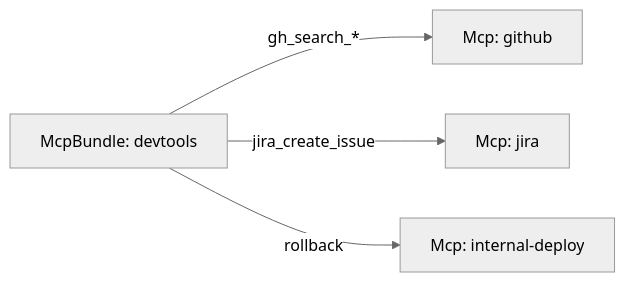
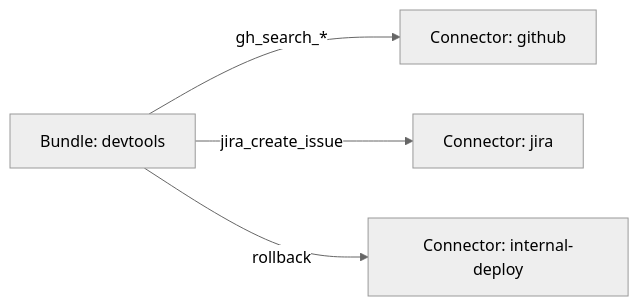
The diagram in docs/12-bundles.md (yurifrl/tennon), drawn with Mermaid (neutral theme) before and after one commit. The commit also changed other lines of this file and 23 other files, not shown here.

````diff
--- a/docs/12-bundles.md
+++ b/docs/12-bundles.md
@@ -30,7 +30,7 @@
 ```mermaid
 graph LR
-  B[McpBundle: devtools]
-  B -->|gh_search_*| GH[Mcp: github]
-  B -->|jira_create_issue| J[Mcp: jira]
-  B -->|rollback| D[Mcp: internal-deploy]
+  B[Bundle: devtools]
+  B -->|gh_search_*| GH[Connector: github]
+  B -->|jira_create_issue| J[Connector: jira]
+  B -->|rollback| D[Connector: internal-deploy]
 ```
````
